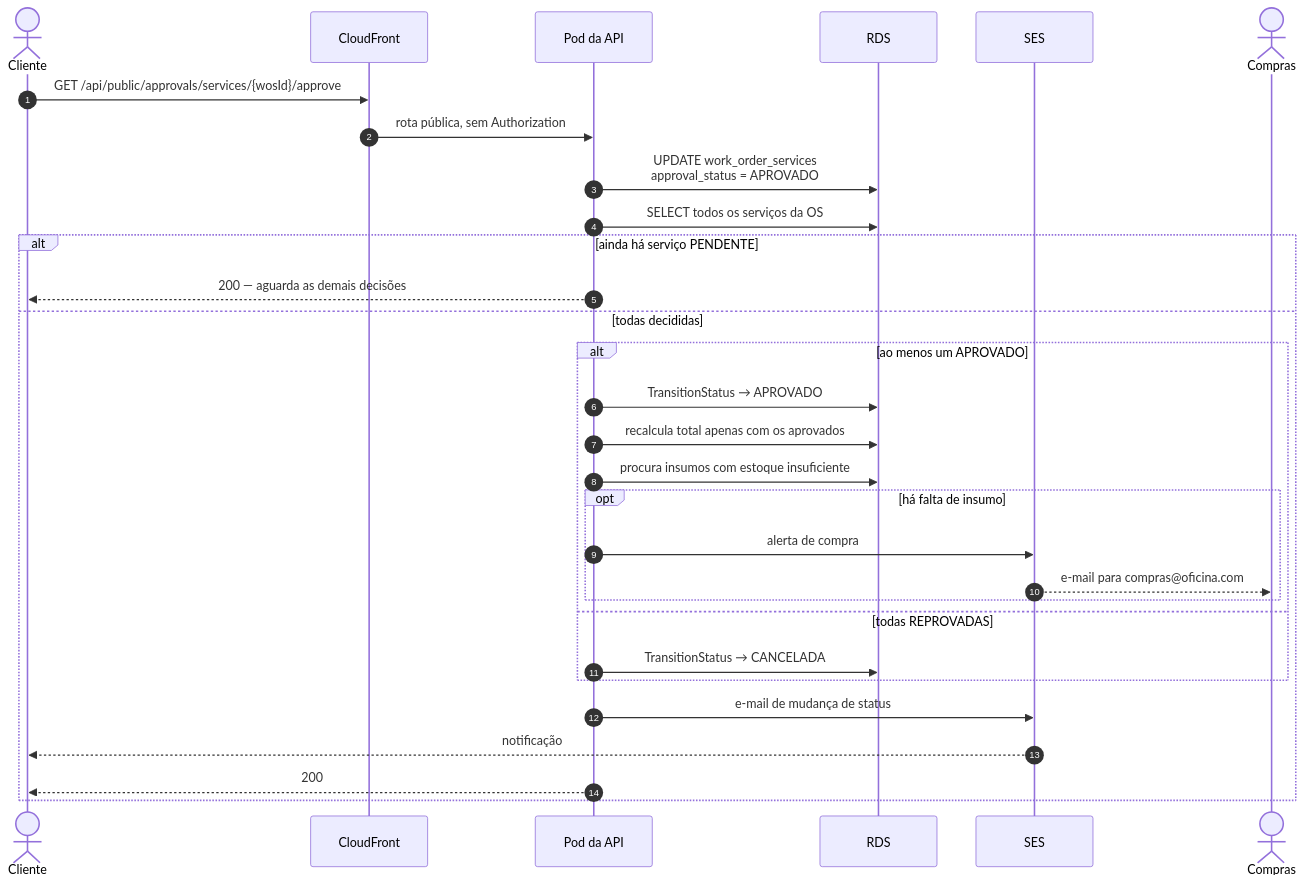
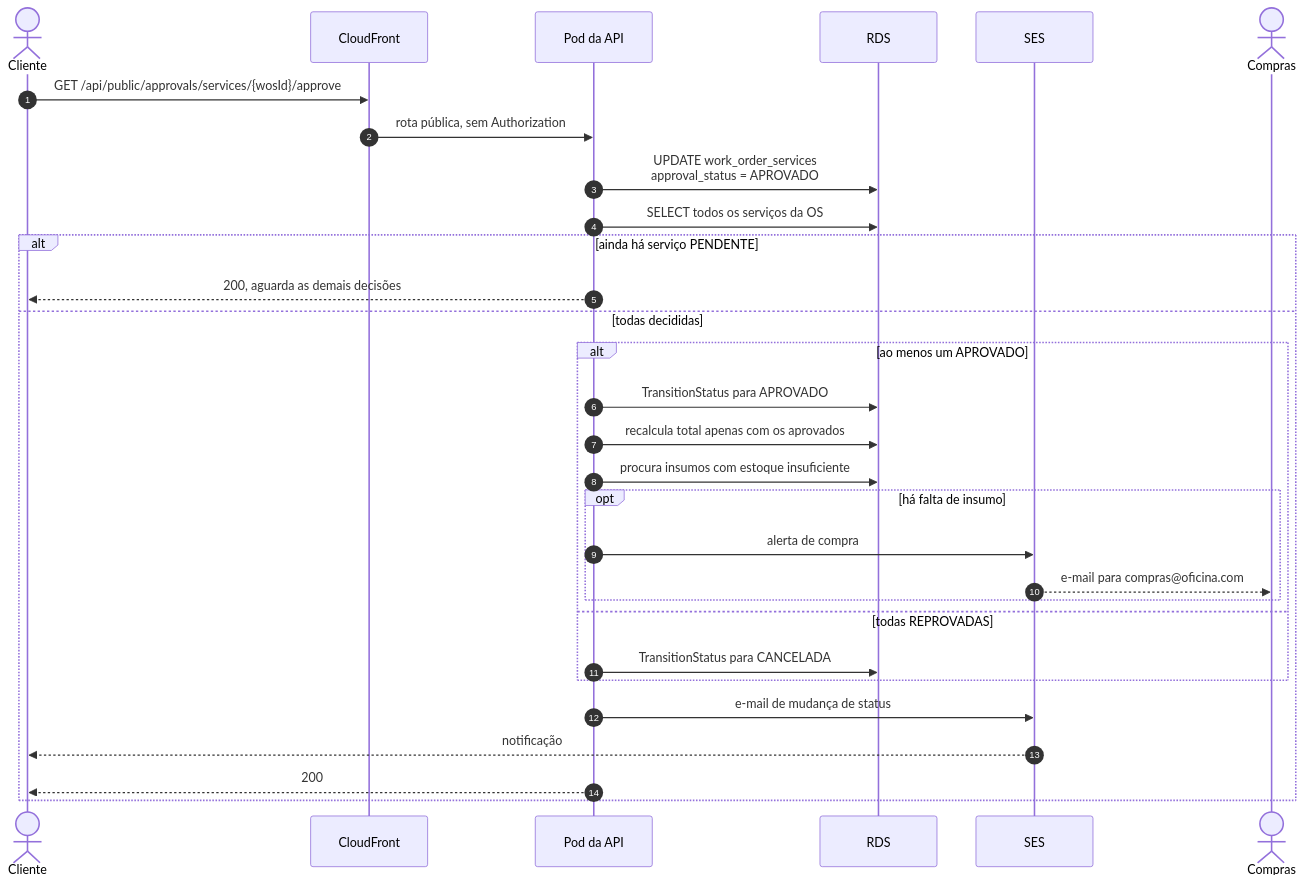
The third of 5 diagrams in docs/diagramas/sequencia-ordem-de-servico.md (SOAT-15-Oficina/oficina-mecanica-infrastructure), drawn with Mermaid before and after one commit. The commit also changed other lines of this file and 23 other files, not shown here.

````diff
--- a/docs/diagramas/sequencia-ordem-de-servico.md
+++ b/docs/diagramas/sequencia-ordem-de-servico.md
@@ -75,34 +82,34 @@
 ```mermaid
 sequenceDiagram
     autonumber
     actor CLI as Cliente
     participant CF as CloudFront
     participant API as Pod da API
     participant DB as RDS
     participant SES as SES
     actor COM as Compras
 
     CLI->>CF: GET /api/public/approvals/services/{wosId}/approve
     CF->>API: rota pública, sem Authorization
     API->>DB: UPDATE work_order_services<br/>approval_status = APROVADO
 
     API->>DB: SELECT todos os serviços da OS
     alt ainda há serviço PENDENTE
-        API-->>CLI: 200 — aguarda as demais decisões
+        API-->>CLI: 200, aguarda as demais decisões
     else todas decididas
         alt ao menos um APROVADO
-            API->>DB: TransitionStatus → APROVADO
+            API->>DB: TransitionStatus para APROVADO
             API->>DB: recalcula total apenas com os aprovados
             API->>DB: procura insumos com estoque insuficiente
             opt há falta de insumo
                 API->>SES: alerta de compra
                 SES-->>COM: e-mail para compras@oficina.com
             end
         else todas REPROVADAS
-            API->>DB: TransitionStatus → CANCELADA
+            API->>DB: TransitionStatus para CANCELADA
         end
         API->>SES: e-mail de mudança de status
         SES-->>CLI: notificação
         API-->>CLI: 200
     end
 ```
````
